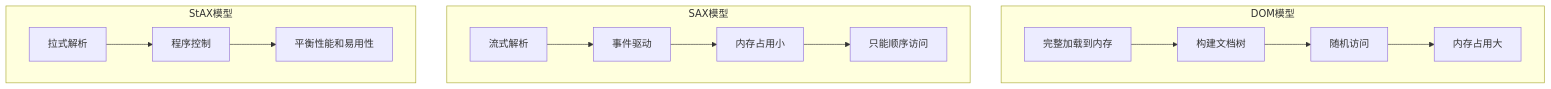
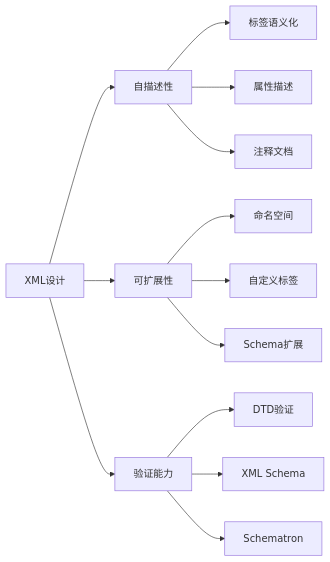
Before and after one commit to chongyang211/YCBookBlog: diagram 20 of 25 in 00.通用技术的提升/02.程序编程原理/06.数据解析设计思想.md, drawn with Mermaid. The commit also changed other lines of this file and 28 other files, not shown here.

````diff
--- a/00.通用技术的提升/02.程序编程原理/06.数据解析设计思想.md
+++ b/00.通用技术的提升/02.程序编程原理/06.数据解析设计思想.md
@@ -646,25 +910,18 @@
 ```mermaid
-graph TB
-    subgraph "DOM模型"
-        DOM1[完整加载到内存]
-        DOM2[构建文档树]
-        DOM3[随机访问]
-        DOM4[内存占用大]
-        DOM1 --> DOM2 --> DOM3 --> DOM4
-    end
+flowchart LR
+    A[XML设计] --> B[自描述性]
+    A --> C[可扩展性]
+    A --> D[验证能力]
     
-    subgraph "SAX模型"
-        SAX1[流式解析]
-        SAX2[事件驱动]
-        SAX3[内存占用小]
-        SAX4[只能顺序访问]
-        SAX1 --> SAX2 --> SAX3 --> SAX4
-    end
+    B --> B1[标签语义化]
+    B --> B2[属性描述]
+    B --> B3[注释文档]
     
-    subgraph "StAX模型"
-        STAX1[拉式解析]
-        STAX2[程序控制]
-        STAX3[平衡性能和易用性]
-        STAX1 --> STAX2 --> STAX3
-    end
+    C --> C1[命名空间]
+    C --> C2[自定义标签]
+    C --> C3[Schema扩展]
+    
+    D --> D1[DTD验证]
+    D --> D2[XML Schema]
+    D --> D3[Schematron]
 ```
````
